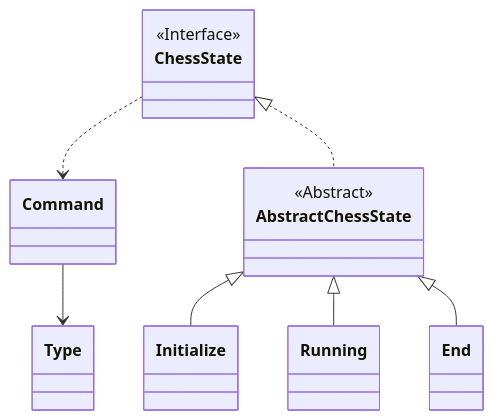
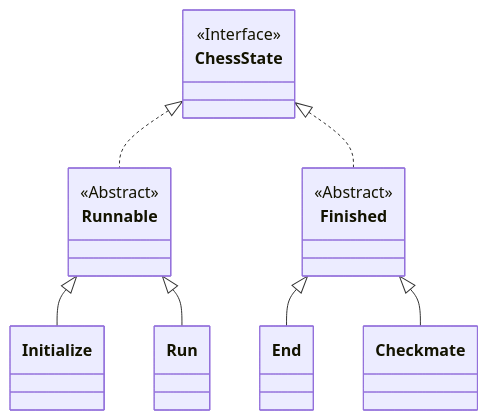
The third of 4 diagrams in src/docs/READMD.md (woowacourse/java-chess), drawn with Mermaid before and after one commit. The commit also changed other lines of this file, not shown here.

````diff
--- a/src/docs/READMD.md
+++ b/src/docs/READMD.md
@@ -57,15 +57,18 @@
 ```mermaid
 classDiagram
   class ChessState
   <<Interface>> ChessState
   
-  class AbstractChessState
-  <<Abstract>> AbstractChessState
+  class Runnable
+  <<Abstract>> Runnable
+
+  class Finished
+  <<Abstract>> Finished
   
-  ChessState ..> Command
-  ChessState <|.. AbstractChessState
-  AbstractChessState <|-- Initialize
-  AbstractChessState <|-- Running
-  AbstractChessState <|-- End
-  Command --> Type
+  ChessState <|.. Runnable
+  ChessState <|.. Finished
+  Runnable <|-- Initialize
+  Runnable <|-- Run
+  Finished <|-- End
+  Finished <|-- Checkmate
 ```
````
